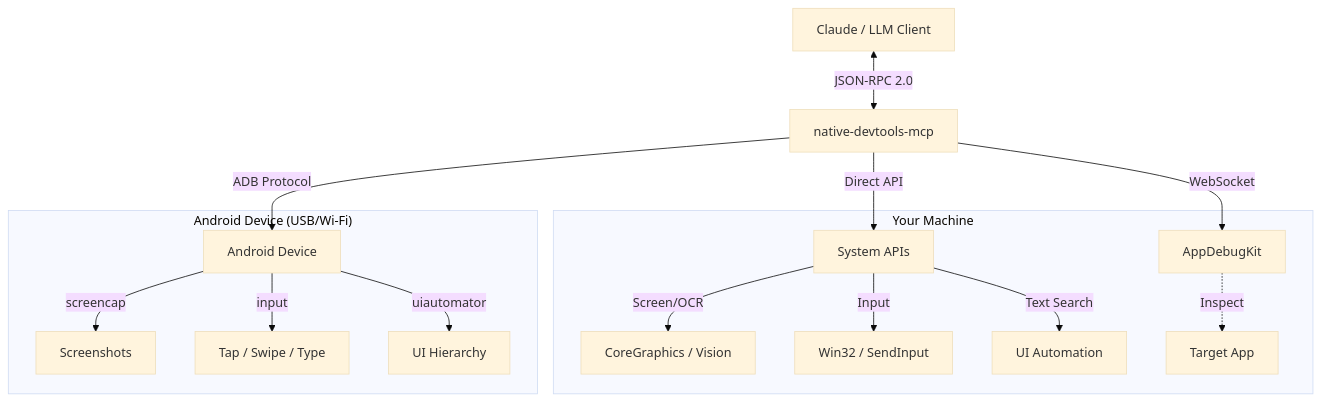
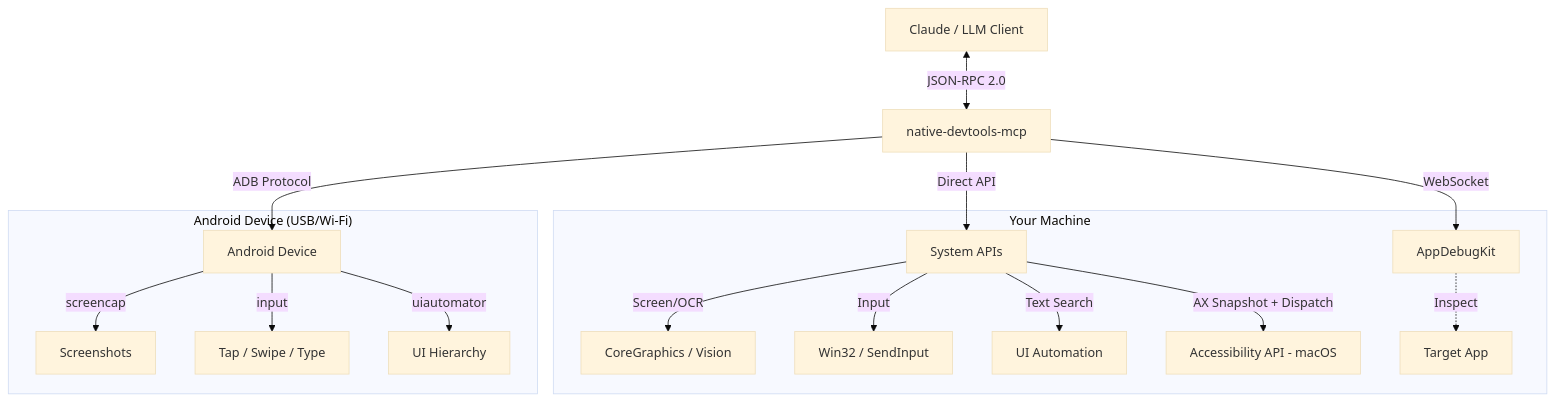
The diagram in README.md (danielcdcj/native-devtools-mcp), drawn with Mermaid (base theme) before and after one commit. The commit also changed other lines of this file and 5 other files, not shown here.

````diff
--- a/README.md
+++ b/README.md
@@ -366,20 +375,21 @@
 ```mermaid
 graph TD
     Client[Claude / LLM Client] <-->|JSON-RPC 2.0| Server[native-devtools-mcp]
     Server -->|Direct API| Sys[System APIs]
     Server -->|WebSocket| Debug[AppDebugKit]
     Server -->|ADB Protocol| Android[Android Device]
 
     subgraph "Your Machine"
         Sys -->|Screen/OCR| macOS[CoreGraphics / Vision]
         Sys -->|Input| Win[Win32 / SendInput]
         Sys -->|Text Search| UIA[UI Automation]
+        Sys -->|AX Snapshot + Dispatch| AXapi[Accessibility API - macOS]
         Debug -.->|Inspect| App[Target App]
     end
 
     subgraph "Android Device (USB/Wi-Fi)"
         Android -->|screencap| Screen[Screenshots]
         Android -->|input| Input[Tap / Swipe / Type]
         Android -->|uiautomator| UITree[UI Hierarchy]
     end
 ```
````
